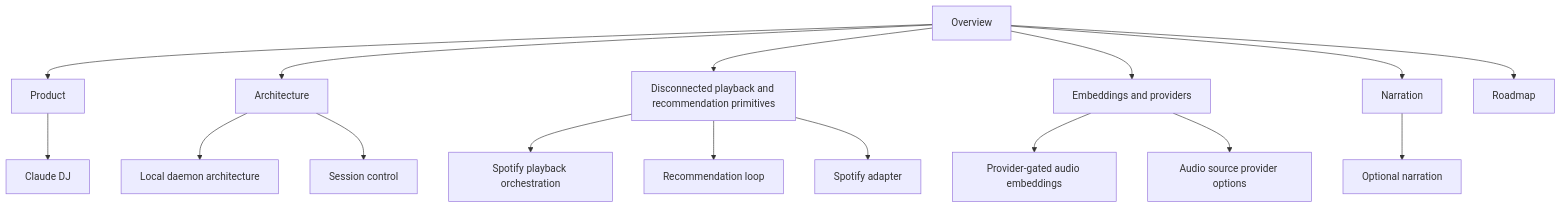
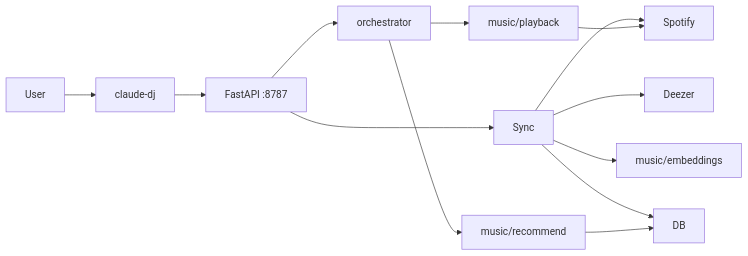
Before and after one commit to AdamPSU/agent-dj: the diagram in wiki/overview.md, drawn with Mermaid. The commit also changed other lines of this file and 42 other files, not shown here.

First line of the commit message:
Wire virtual-queue Spotify playback and reorganize music package

````diff
--- a/wiki/overview.md
+++ b/wiki/overview.md
@@ -19,18 +46,15 @@
 ```mermaid
-graph TD
-    A["Overview"] --> B["Product"]
-    A --> C["Architecture"]
-    A --> D["Disconnected playback and recommendation primitives"]
-    A --> E["Embeddings and providers"]
-    A --> F["Narration"]
-    A --> G["Roadmap"]
-    B --> B1["Claude DJ"]
-    C --> C1["Local daemon architecture"]
-    C --> C2["Session control"]
-    D --> D1["Spotify playback orchestration"]
-    D --> D2["Recommendation loop"]
-    D --> D3["Spotify adapter"]
-    E --> E1["Provider-gated audio embeddings"]
-    E --> E2["Audio source provider options"]
-    F --> F1["Optional narration"]
+flowchart LR
+  User --> CLI["claude-dj"]
+  CLI --> Daemon["FastAPI :8787"]
+  Daemon --> Sync
+  Daemon --> Orch["orchestrator"]
+  Sync --> Spotify
+  Sync --> Deezer
+  Sync --> Emb["music/embeddings"]
+  Sync --> DB
+  Orch --> Rec["music/recommend"]
+  Orch --> Play["music/playback"]
+  Rec --> DB
+  Play --> Spotify
 ```
````
